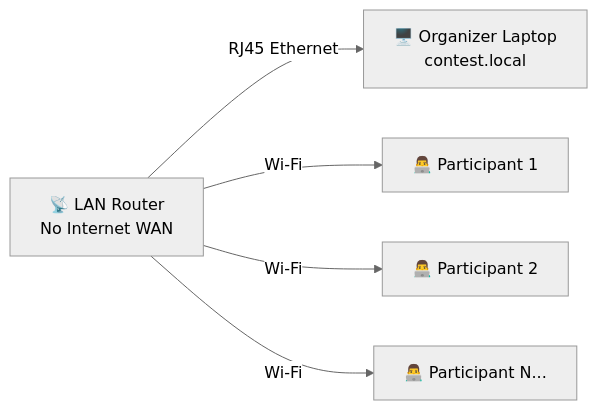
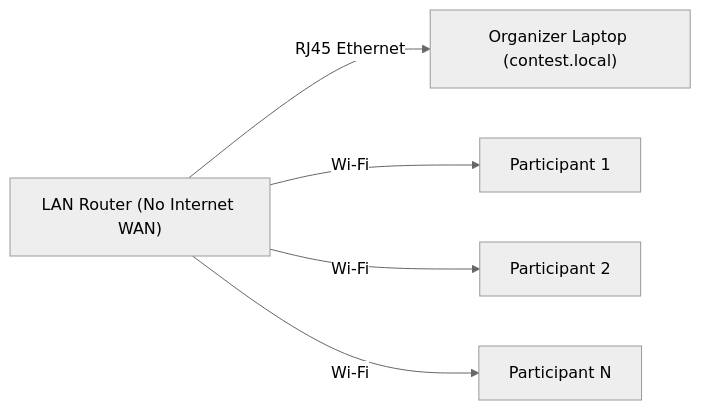
Before and after one commit to mrinmoyChakraborty-mrinox/ByteArena: the third of 8 diagrams in README.md, drawn with Mermaid (neutral theme). The commit also changed other lines of this file, not shown here.

First line of the commit message:
fix: resolve Mermaid diagram rendering issues on GitHub

````diff
--- a/README.md
+++ b/README.md
@@ -75,7 +77,13 @@
 ```mermaid
-graph LR
-    R[📡 LAN Router<br/>No Internet WAN] -->|RJ45 Ethernet| OL[🖥️ Organizer Laptop<br/>contest.local]
-    R -->|Wi-Fi| PL1[👨‍💻 Participant 1]
-    R -->|Wi-Fi| PL2[👨‍💻 Participant 2]
-    R -->|Wi-Fi| PL3[👨‍💻 Participant N...]
+flowchart LR
+    R["LAN Router (No Internet WAN)"]
+    OL["Organizer Laptop (contest.local)"]
+    P1["Participant 1"]
+    P2["Participant 2"]
+    PN["Participant N"]
+
+    R -->|RJ45 Ethernet| OL
+    R -->|Wi-Fi| P1
+    R -->|Wi-Fi| P2
+    R -->|Wi-Fi| PN
 ```
````
